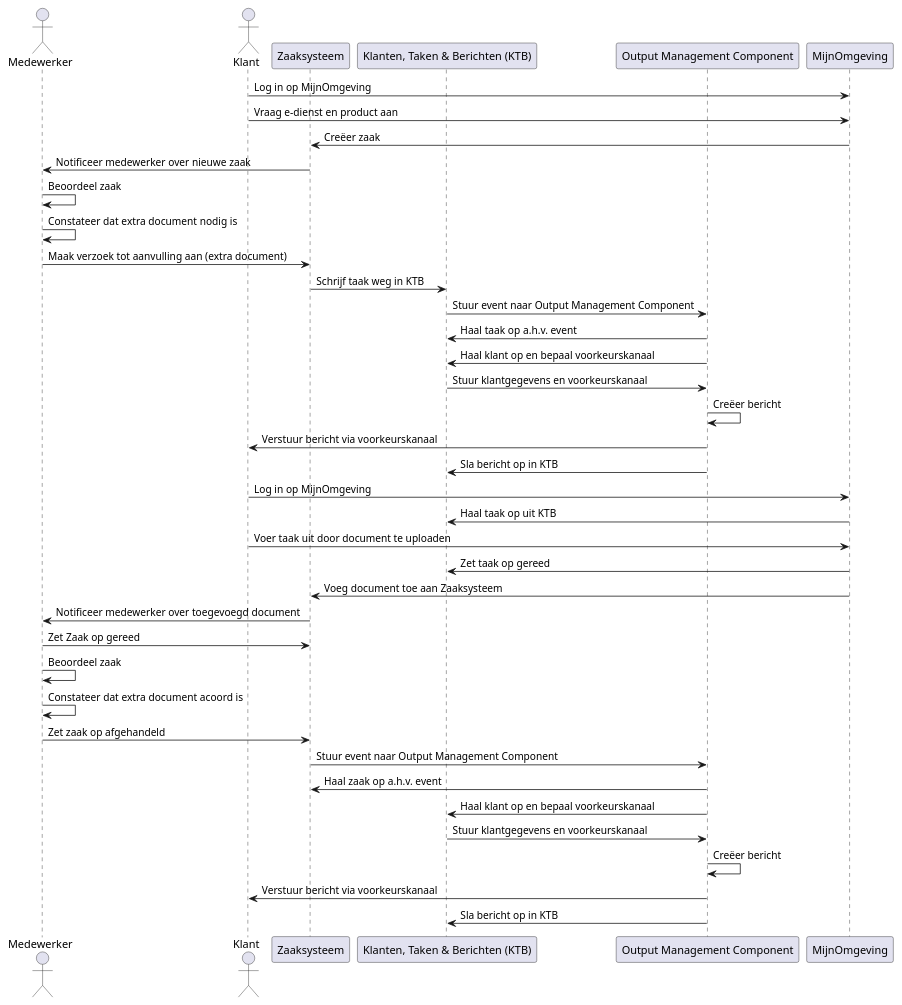
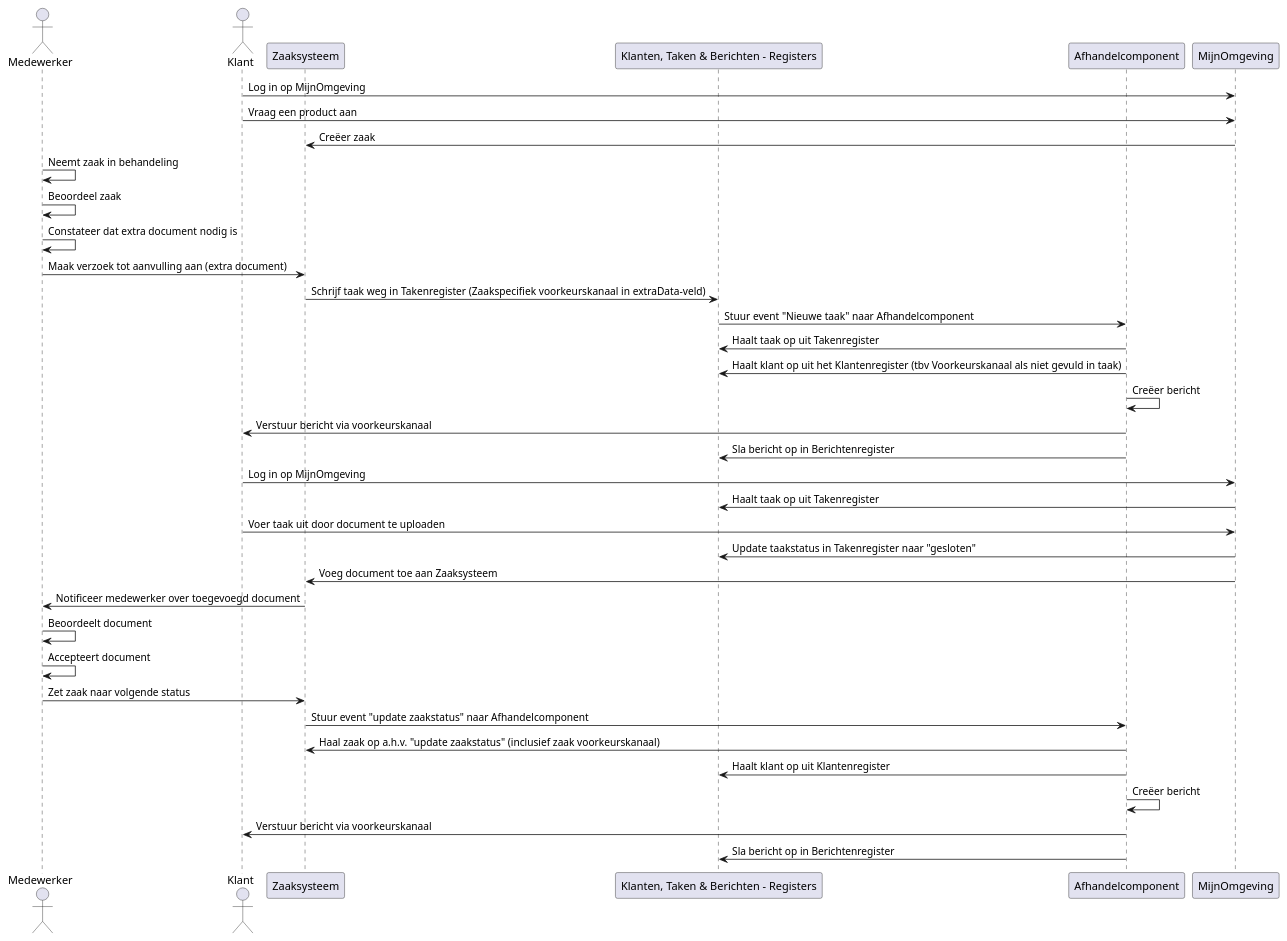
One commit to CommonGateway/CustomerInteractionBundle changed the diagram in docs/taak_uitgebreid.puml. Above: the diagram before and after it, drawn with PlantUML.

Commit message:
Update taak_uitgebreid.puml
Updated and aglined with Taak_simpel
Adjusted UML with feedback OWC

```diff
--- a/docs/taak_uitgebreid.puml
+++ b/docs/taak_uitgebreid.puml
@@ -1,45 +1,42 @@
 @startuml
 actor Medewerker
 actor Klant
 participant Zaaksysteem
-participant KTB as "Klanten, Taken & Berichten (KTB)"
-participant "Output Management Component"
+participant KTB as "Klanten, Taken & Berichten - Registers"
+participant "Afhandelcomponent"
 participant MijnOmgeving
 
 Klant -> MijnOmgeving: Log in op MijnOmgeving
-Klant -> MijnOmgeving: Vraag e-dienst en product aan
+Klant -> MijnOmgeving: Vraag een product aan
 MijnOmgeving -> Zaaksysteem: Creëer zaak
-Zaaksysteem -> Medewerker: Notificeer medewerker over nieuwe zaak
+Medewerker -> Medewerker: Neemt zaak in behandeling
 Medewerker -> Medewerker: Beoordeel zaak
 Medewerker -> Medewerker: Constateer dat extra document nodig is
 
 Medewerker -> Zaaksysteem: Maak verzoek tot aanvulling aan (extra document)
-Zaaksysteem -> KTB: Schrijf taak weg in KTB
-KTB -> "Output Management Component": Stuur event naar Output Management Component
-"Output Management Component" -> KTB: Haal taak op a.h.v. event
-"Output Management Component" -> KTB: Haal klant op en bepaal voorkeurskanaal
-KTB -> "Output Management Component": Stuur klantgegevens en voorkeurskanaal
-"Output Management Component" -> "Output Management Component": Creëer bericht
-"Output Management Component" -> Klant: Verstuur bericht via voorkeurskanaal
-"Output Management Component" -> KTB: Sla bericht op in KTB
+Zaaksysteem -> KTB: Schrijf taak weg in Takenregister (Zaakspecifiek voorkeurskanaal in extraData-veld)
+KTB -> "Afhandelcomponent": Stuur event "Nieuwe taak" naar Afhandelcomponent
+"Afhandelcomponent" -> KTB: Haalt taak op uit Takenregister 
+"Afhandelcomponent" -> KTB: Haalt klant op uit het Klantenregister (tbv Voorkeurskanaal als niet gevuld in taak)
+"Afhandelcomponent" -> "Afhandelcomponent": Creëer bericht
+"Afhandelcomponent" -> Klant: Verstuur bericht via voorkeurskanaal
+"Afhandelcomponent" -> KTB: Sla bericht op in Berichtenregister
 
 Klant -> MijnOmgeving: Log in op MijnOmgeving
-MijnOmgeving -> KTB: Haal taak op uit KTB
+MijnOmgeving -> KTB: Haalt taak op uit Takenregister
 Klant -> MijnOmgeving: Voer taak uit door document te uploaden
-MijnOmgeving -> KTB: Zet taak op gereed
+MijnOmgeving -> KTB: Update taakstatus in Takenregister naar "gesloten"
 MijnOmgeving -> Zaaksysteem: Voeg document toe aan Zaaksysteem
 
 
 Zaaksysteem -> Medewerker: Notificeer medewerker over toegevoegd document
-Medewerker -> Zaaksysteem: Zet Zaak op gereed
-Medewerker -> Medewerker: Beoordeel zaak
-Medewerker -> Medewerker: Constateer dat extra document acoord is
-Medewerker -> Zaaksysteem: Zet zaak op afgehandeld
-Zaaksysteem -> "Output Management Component": Stuur event naar Output Management Component
-"Output Management Component" -> Zaaksysteem: Haal zaak op a.h.v. event
-"Output Management Component" -> KTB: Haal klant op en bepaal voorkeurskanaal
-KTB -> "Output Management Component": Stuur klantgegevens en voorkeurskanaal
-"Output Management Component" -> "Output Management Component": Creëer bericht
-"Output Management Component" -> Klant: Verstuur bericht via voorkeurskanaal
-"Output Management Component" -> KTB: Sla bericht op in KTB
+Medewerker -> Medewerker: Beoordeelt document
+Medewerker -> Medewerker: Accepteert document
+Medewerker -> Zaaksysteem: Zet zaak naar volgende status
+Zaaksysteem -> "Afhandelcomponent": Stuur event "update zaakstatus" naar Afhandelcomponent
+"Afhandelcomponent" -> Zaaksysteem: Haal zaak op a.h.v. "update zaakstatus" (inclusief zaak voorkeurskanaal)
+"Afhandelcomponent" -> KTB: Haalt klant op uit Klantenregister
+"Afhandelcomponent" -> "Afhandelcomponent": Creëer bericht
+"Afhandelcomponent" -> Klant: Verstuur bericht via voorkeurskanaal
+"Afhandelcomponent" -> KTB: Sla bericht op in Berichtenregister
 @enduml
```
